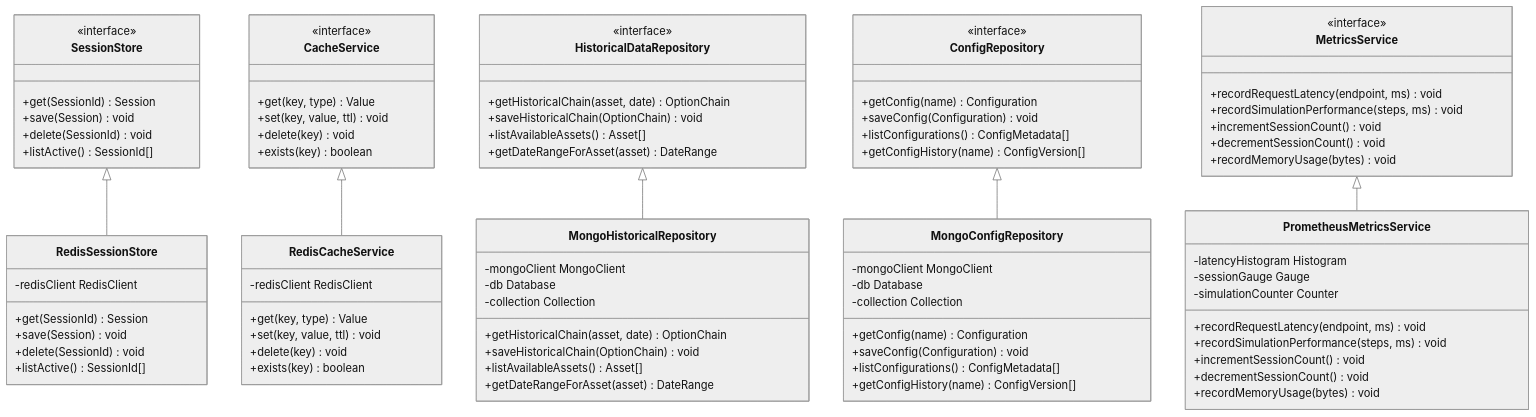
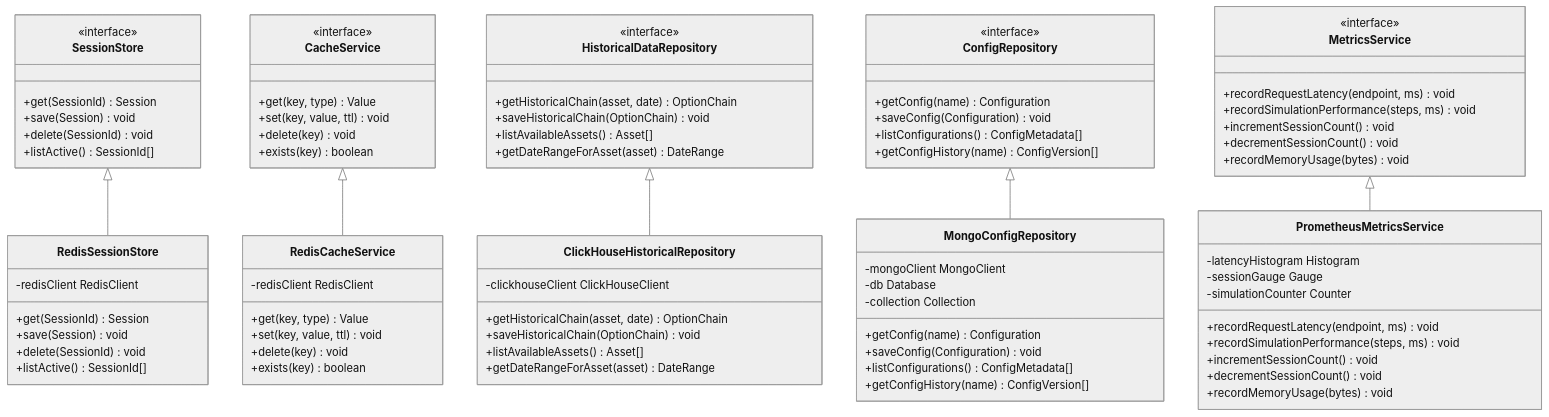
Before and after one commit to joaquinbejar/OptionChain-Simulator: the sixth of 6 diagrams in doc/infrastructure/layer.md, drawn with Mermaid (neutral theme). The commit also changed other lines of this file and 3 other files, not shown here.

First line of the commit message:
Add script for ClickHouse initialization and data loading

````diff
--- a/doc/infrastructure/layer.md
+++ b/doc/infrastructure/layer.md
@@ -264,10 +267,8 @@
         +getDateRangeForAsset(asset) DateRange
     }
 
-    class MongoHistoricalRepository {
-        -mongoClient MongoClient
-        -db Database
-        -collection Collection
+    class ClickHouseHistoricalRepository {
+        -clickhouseClient ClickHouseClient
         +getHistoricalChain(asset, date) OptionChain
         +saveHistoricalChain(OptionChain) void
         +listAvailableAssets() Asset[]
@@ -314,7 +315,7 @@
 
     SessionStore <|-- RedisSessionStore
     CacheService <|-- RedisCacheService
-    HistoricalDataRepository <|-- MongoHistoricalRepository
+    HistoricalDataRepository <|-- ClickHouseHistoricalRepository
     ConfigRepository <|-- MongoConfigRepository
     MetricsService <|-- PrometheusMetricsService
 ```
````
